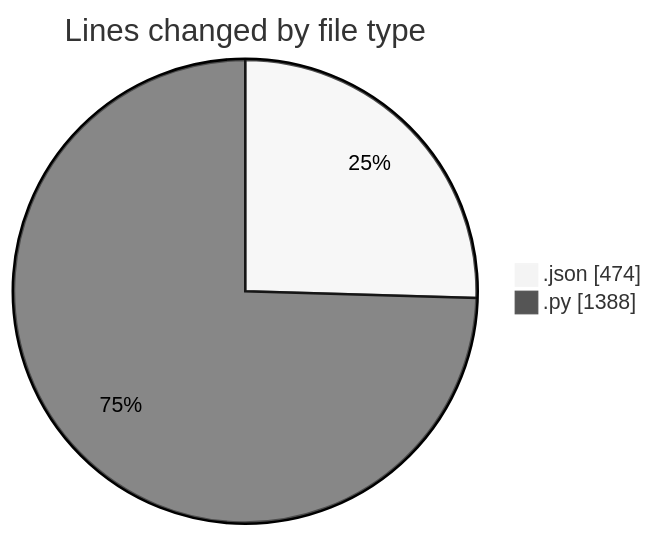
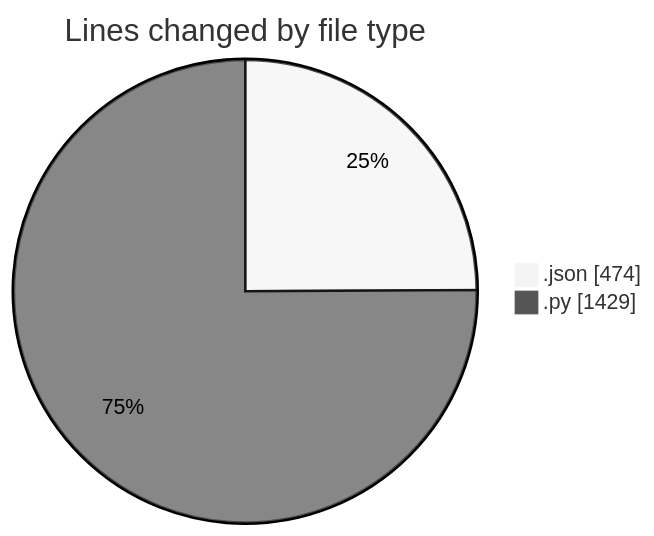
Before and after one commit to MatusMokan/code-tracking: the first of 2 diagrams in 2025-02-19/myws__workspace_/README.md, drawn with Mermaid (neutral theme). The commit also changed other lines of this file and 1 other file, not shown here.

````diff
--- a/2025-02-19/myws__workspace_/README.md
+++ b/2025-02-19/myws__workspace_/README.md
@@ -26,6 +26,6 @@
 ```mermaid
 pie showData
 title Lines changed by file type
 ".json" : 474
-".py" : 1388
+".py" : 1429
 ```
````
